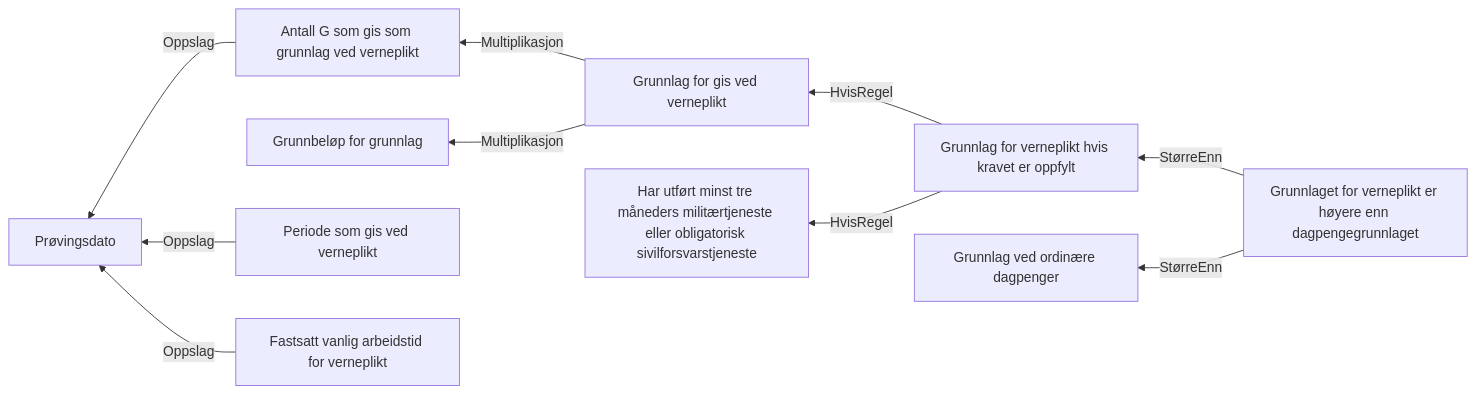
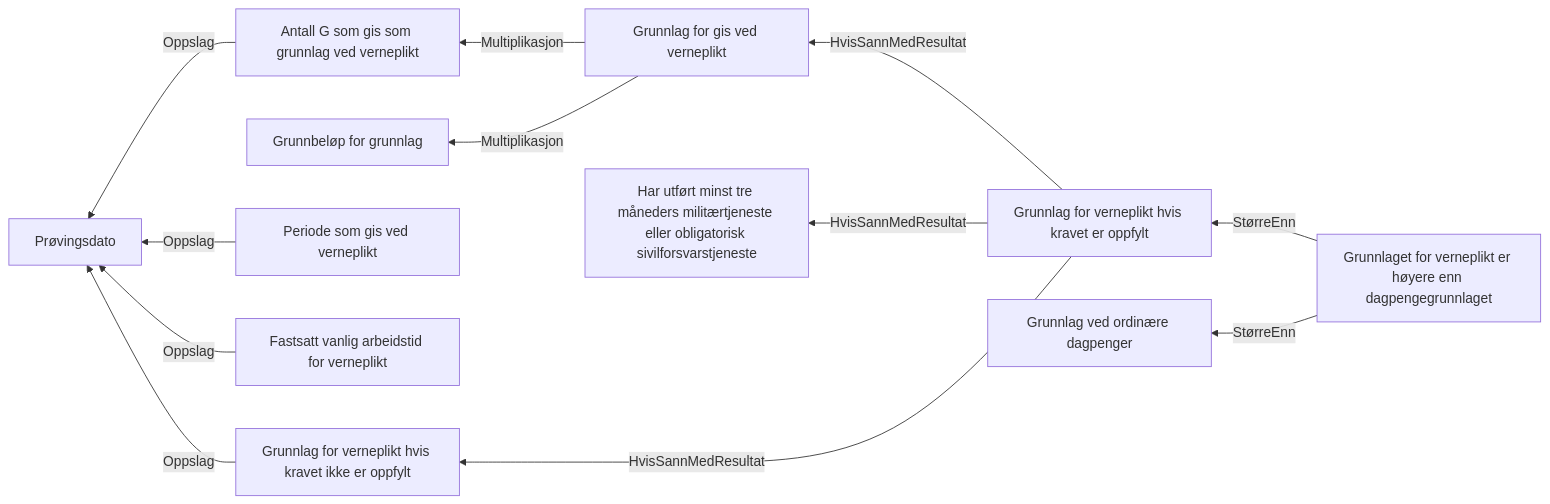
The diagram in docs/regler/§ 4-19 Verneplikt (fastsetting).approved.md (navikt/dp-vedtak), drawn with Mermaid before and after one commit. The commit also changed 7 other files, not shown here.

Commit message:
Bytt ut hvis() med hvisSannMedResultat()

````diff
--- a/docs/regler/§ 4-19 Verneplikt (fastsetting).approved.md
+++ b/docs/regler/§ 4-19 Verneplikt (fastsetting).approved.md
@@ -5,12 +5,14 @@
 ```mermaid
 graph RL
   A["Antall G som gis som grunnlag ved verneplikt"] -->|"Oppslag"| B["Prøvingsdato"]
   C["Grunnlag for gis ved verneplikt"] -->|"Multiplikasjon"| D["Grunnbeløp for grunnlag"]
   C["Grunnlag for gis ved verneplikt"] -->|"Multiplikasjon"| A["Antall G som gis som grunnlag ved verneplikt"]
   E["Periode som gis ved verneplikt"] -->|"Oppslag"| B["Prøvingsdato"]
   F["Fastsatt vanlig arbeidstid for verneplikt"] -->|"Oppslag"| B["Prøvingsdato"]
-  G["Grunnlag for verneplikt hvis kravet er oppfylt"] -->|"HvisRegel"| H["Har utført minst tre måneders militærtjeneste eller obligatorisk sivilforsvarstjeneste"]
-  G["Grunnlag for verneplikt hvis kravet er oppfylt"] -->|"HvisRegel"| C["Grunnlag for gis ved verneplikt"]
-  I["Grunnlaget for verneplikt er høyere enn dagpengegrunnlaget"] -->|"StørreEnn"| G["Grunnlag for verneplikt hvis kravet er oppfylt"]
-  I["Grunnlaget for verneplikt er høyere enn dagpengegrunnlaget"] -->|"StørreEnn"| J["Grunnlag ved ordinære dagpenger"]
+  G["Grunnlag for verneplikt hvis kravet ikke er oppfylt"] -->|"Oppslag"| B["Prøvingsdato"]
+  H["Grunnlag for verneplikt hvis kravet er oppfylt"] -->|"HvisSannMedResultat"| I["Har utført minst tre måneders militærtjeneste eller obligatorisk sivilforsvarstjeneste"]
+  H["Grunnlag for verneplikt hvis kravet er oppfylt"] -->|"HvisSannMedResultat"| C["Grunnlag for gis ved verneplikt"]
+  H["Grunnlag for verneplikt hvis kravet er oppfylt"] -->|"HvisSannMedResultat"| G["Grunnlag for verneplikt hvis kravet ikke er oppfylt"]
+  J["Grunnlaget for verneplikt er høyere enn dagpengegrunnlaget"] -->|"StørreEnn"| H["Grunnlag for verneplikt hvis kravet er oppfylt"]
+  J["Grunnlaget for verneplikt er høyere enn dagpengegrunnlaget"] -->|"StørreEnn"| K["Grunnlag ved ordinære dagpenger"]
 ```
````
